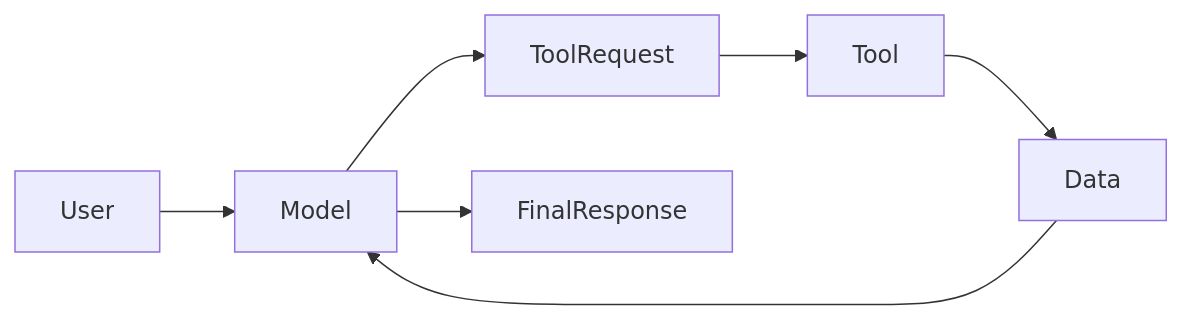
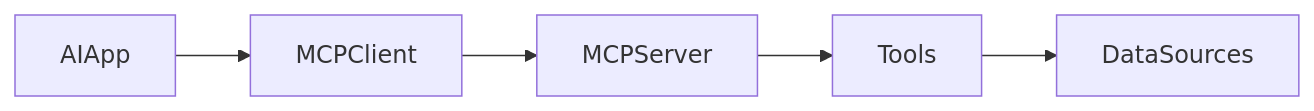
One commit to Asabeneh/30-Days-Of-AI-Engineering changed the eighth of 11 diagrams in day_11/day_11_tool_calling.md. Above: the diagram before and after it, drawn with Mermaid. The commit also changed other lines of this file and 49 other files, not shown here.

````diff
--- a/day_11/day_11_tool_calling.md
+++ b/day_11/day_11_tool_calling.md
@@ -25,9 +412,7 @@
 ```mermaid
 graph LR
-    User --> Model
-    Model --> ToolRequest
-    ToolRequest --> Tool
-    Tool --> Data
-    Data --> Model
-    Model --> FinalResponse
+    AIApp --> MCPClient
+    MCPClient --> MCPServer
+    MCPServer --> Tools
+    Tools --> DataSources
 ```
````
